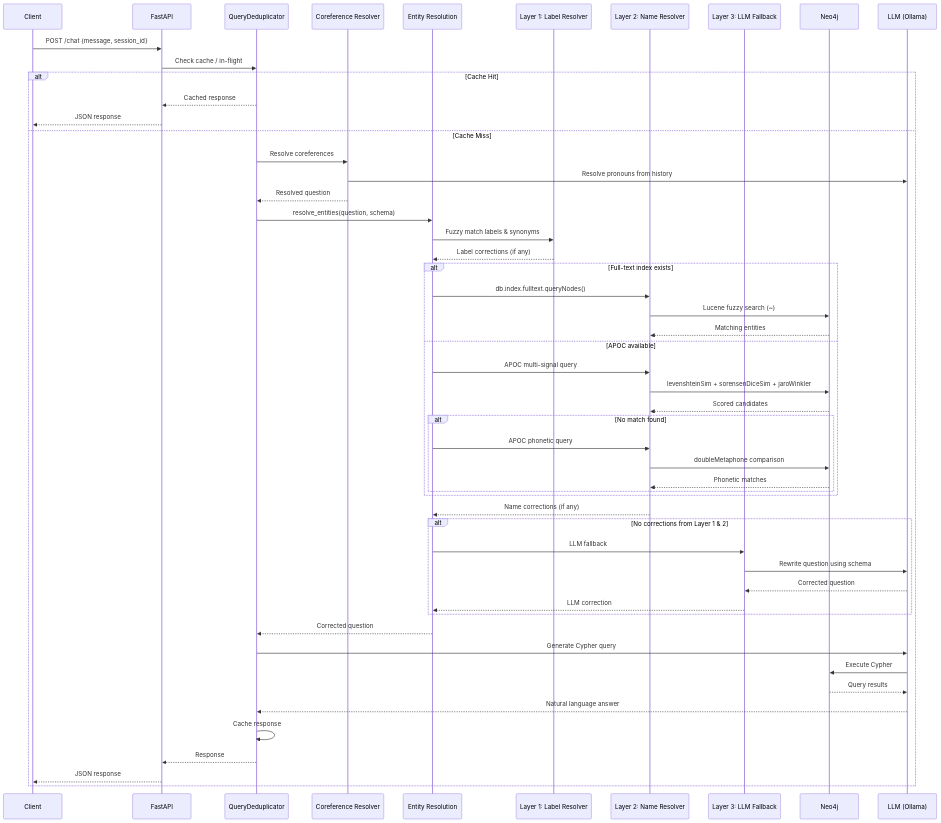
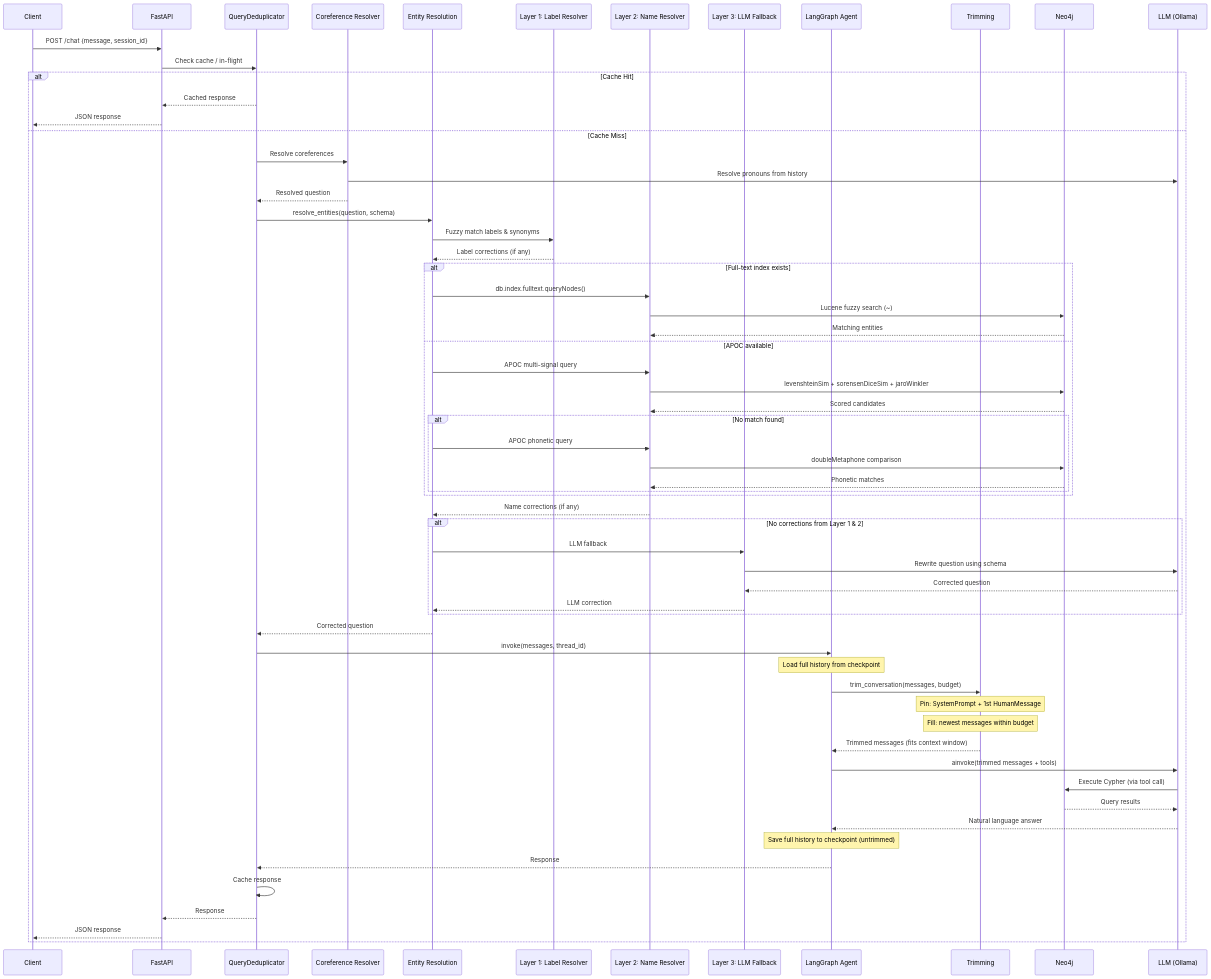
Before and after one commit to Noice1909/Neo4j-Agent: the first of 2 diagrams in src/README.md, drawn with Mermaid. The commit also changed other lines of this file and 12 other files, not shown here.

First line of the commit message:
feat: add token-based context window trimming for LLM calls

````diff
--- a/src/README.md
+++ b/src/README.md
@@ -112,60 +117,70 @@
 ```mermaid
 sequenceDiagram
     participant C as Client
     participant API as FastAPI
     participant QD as QueryDeduplicator
     participant CR as Coreference Resolver
     participant ER as Entity Resolution
     participant L1 as Layer 1: Label Resolver
     participant L2 as Layer 2: Name Resolver
     participant L3 as Layer 3: LLM Fallback
+    participant AG as LangGraph Agent
+    participant TM as Trimming
     participant Neo4j as Neo4j
     participant LLM as LLM (Ollama)
 
     C->>API: POST /chat {message, session_id}
     API->>QD: Check cache / in-flight
     alt Cache Hit
         QD-->>API: Cached response
         API-->>C: JSON response
     else Cache Miss
         QD->>CR: Resolve coreferences
         CR->>LLM: Resolve pronouns from history
         CR-->>QD: Resolved question
         QD->>ER: resolve_entities(question, schema)
 
         ER->>L1: Fuzzy match labels & synonyms
         L1-->>ER: Label corrections (if any)
 
         alt Full-text index exists
             ER->>L2: db.index.fulltext.queryNodes()
             L2->>Neo4j: Lucene fuzzy search (~)
             Neo4j-->>L2: Matching entities
         else APOC available
             ER->>L2: APOC multi-signal query
             L2->>Neo4j: levenshteinSim + sorensenDiceSim + jaroWinkler
             Neo4j-->>L2: Scored candidates
             alt No match found
                 ER->>L2: APOC phonetic query
                 L2->>Neo4j: doubleMetaphone comparison
                 Neo4j-->>L2: Phonetic matches
             end
         end
         L2-->>ER: Name corrections (if any)
 
         alt No corrections from Layer 1 & 2
             ER->>L3: LLM fallback
             L3->>LLM: Rewrite question using schema
             LLM-->>L3: Corrected question
             L3-->>ER: LLM correction
         end
 
         ER-->>QD: Corrected question
-        QD->>LLM: Generate Cypher query
-        LLM->>Neo4j: Execute Cypher
+        QD->>AG: invoke(messages, thread_id)
+        Note over AG: Load full history from checkpoint
+        AG->>TM: trim_conversation(messages, budget)
+        Note over TM: Pin: SystemPrompt + 1st HumanMessage
+        Note over TM: Fill: newest messages within budget
+        TM-->>AG: Trimmed messages (fits context window)
+        AG->>LLM: ainvoke(trimmed messages + tools)
+        LLM->>Neo4j: Execute Cypher (via tool call)
         Neo4j-->>LLM: Query results
-        LLM-->>QD: Natural language answer
+        LLM-->>AG: Natural language answer
+        Note over AG: Save full history to checkpoint (untrimmed)
+        AG-->>QD: Response
         QD->>QD: Cache response
         QD-->>API: Response
         API-->>C: JSON response
     end
 ```
````
